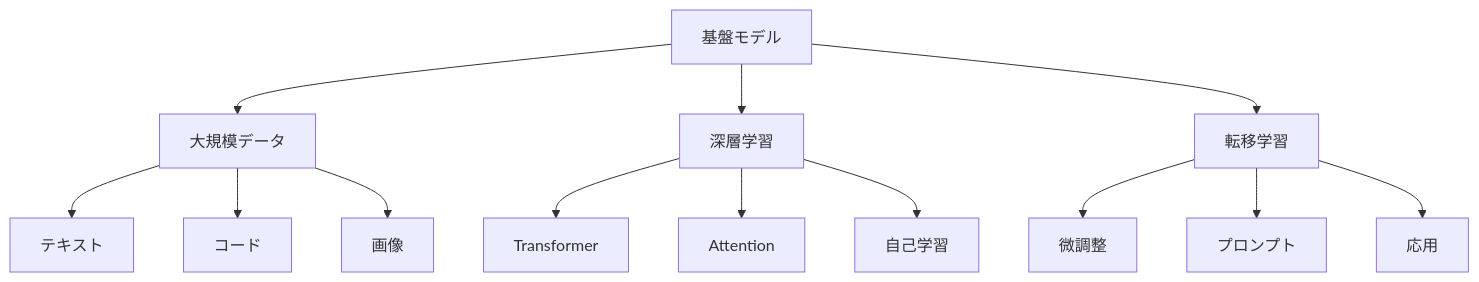
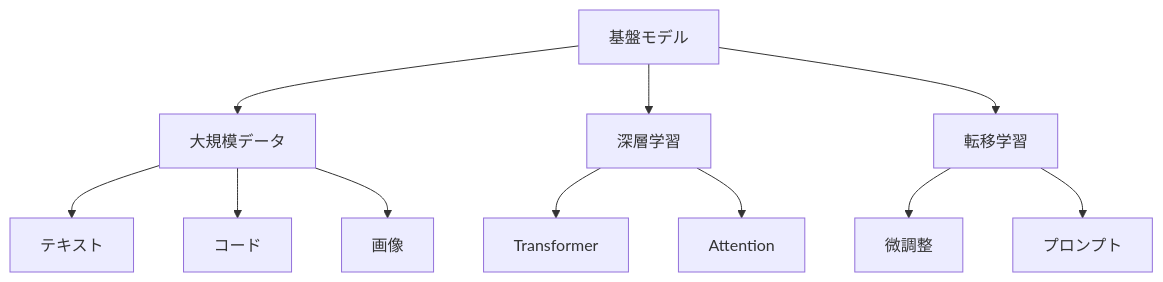
One commit to haruka-aibara/haruka-aibara changed the diagram in docs/AI/100_入門_基盤モデル入門.md. Above: the diagram before and after it, drawn with Mermaid. The commit also changed other lines of this file and 34 other files, not shown here.

````diff
--- a/docs/AI/100_入門_基盤モデル入門.md
+++ b/docs/AI/100_入門_基盤モデル入門.md
@@ -36,18 +36,16 @@
 ```mermaid
 graph TD
     A[基盤モデル] --> B[大規模データ]
     A --> C[深層学習]
     A --> D[転移学習]
     
     B --> B1[テキスト]
     B --> B2[コード]
     B --> B3[画像]
     
     C --> C1[Transformer]
     C --> C2[Attention]
-    C --> C3[自己学習]
     
     D --> D1[微調整]
     D --> D2[プロンプト]
-    D --> D3[応用]
 ```
````
